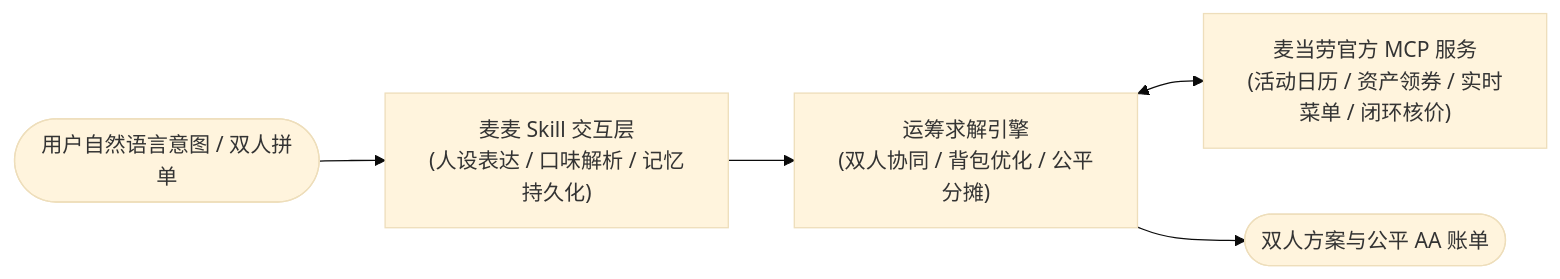
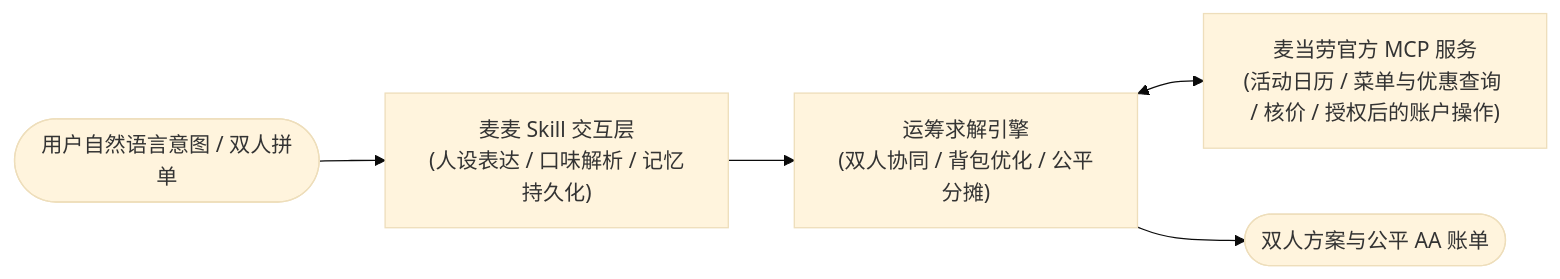
Before and after one commit to jinke666/-McMeal-Mat: the diagram in README.md, drawn with Mermaid (base theme). The commit also changed other lines of this file, not shown here.

````diff
--- a/README.md
+++ b/README.md
@@ -55,7 +55,7 @@
 ```mermaid
 flowchart LR
     User([用户自然语言意图 / 双人拼单]) --> Skill["麦麦 Skill 交互层\n(人设表达 / 口味解析 / 记忆持久化)"]
     Skill --> Engine["运筹求解引擎\n(双人协同 / 背包优化 / 公平分摊)"]
-    Engine <--> MCP["麦当劳官方 MCP 服务\n(活动日历 / 资产领券 / 实时菜单 / 闭环核价)"]
+    Engine <--> MCP["麦当劳官方 MCP 服务\n(活动日历 / 菜单与优惠查询 / 核价 / 授权后的账户操作)"]
     Engine --> Output([双人方案与公平 AA 账单])
 ```
````
